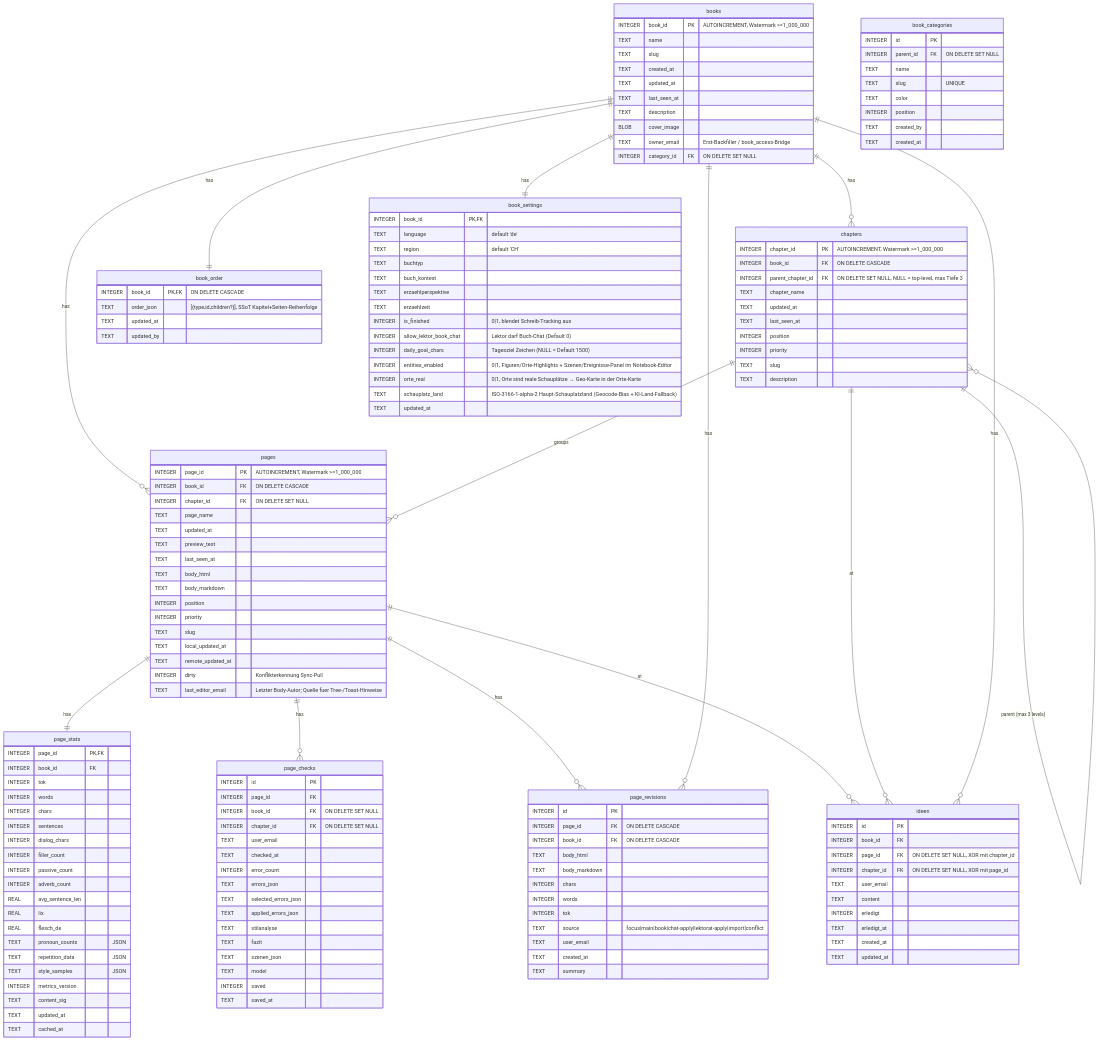
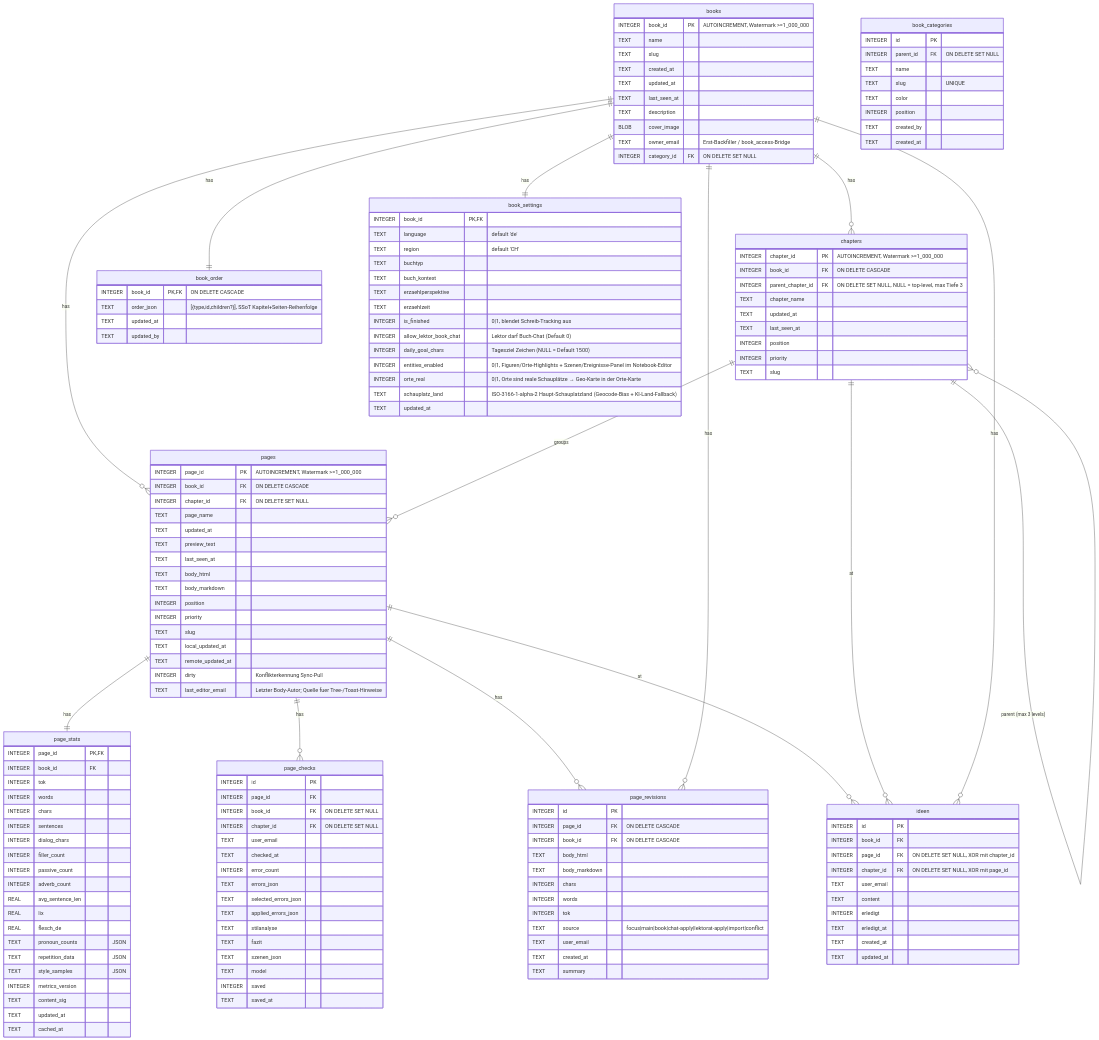
Before and after one commit to bedeberger/schreibwerkstatt: the second of 6 diagrams in docs/erd.md, drawn with Mermaid. The commit also changed other lines of this file and 17 other files, not shown here.

```diff
--- a/docs/erd.md
+++ b/docs/erd.md
@@ -199,7 +199,6 @@
     INTEGER position
     INTEGER priority
     TEXT    slug
-    TEXT    description
   }
   pages {
     INTEGER page_id    PK "AUTOINCREMENT, Watermark >=1_000_000"
```
